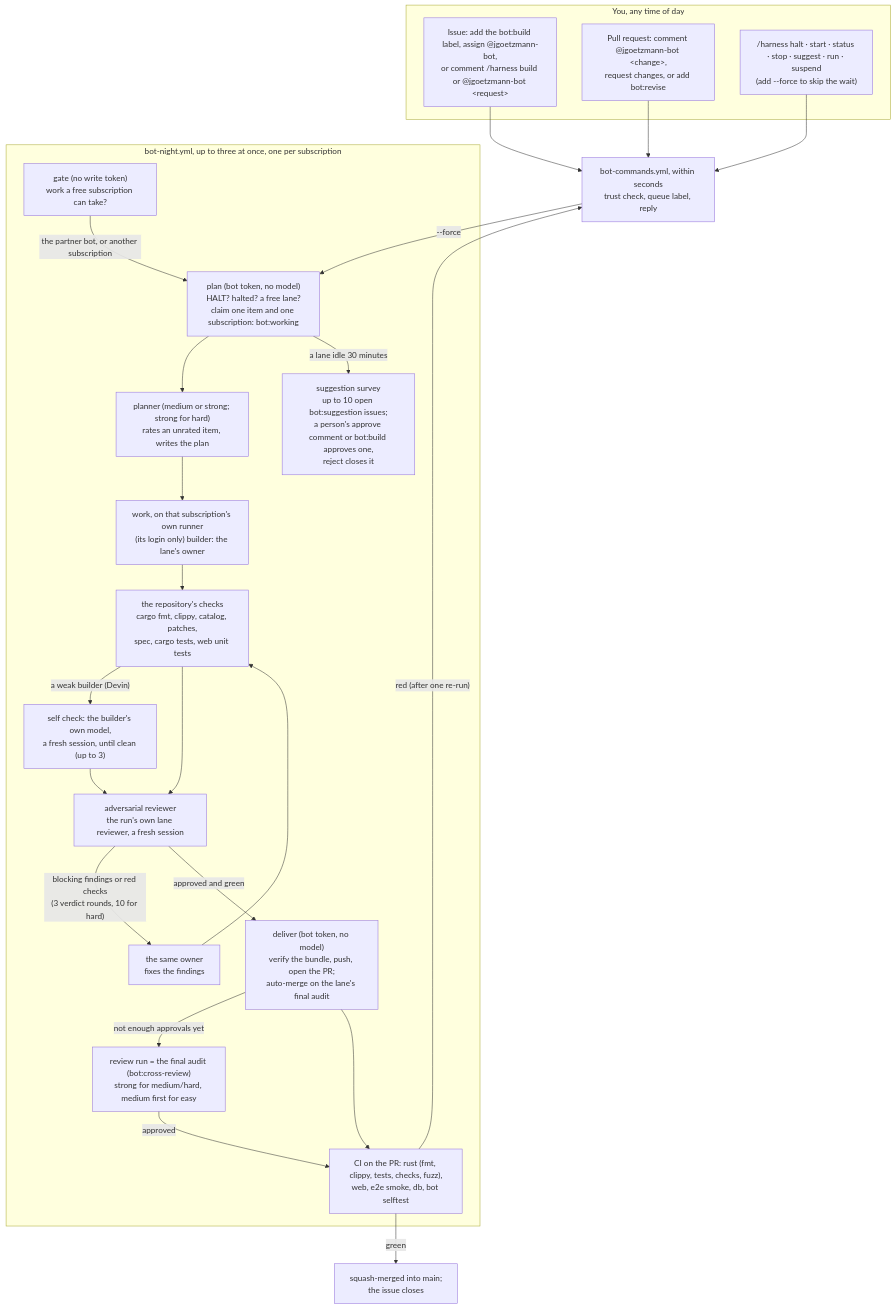
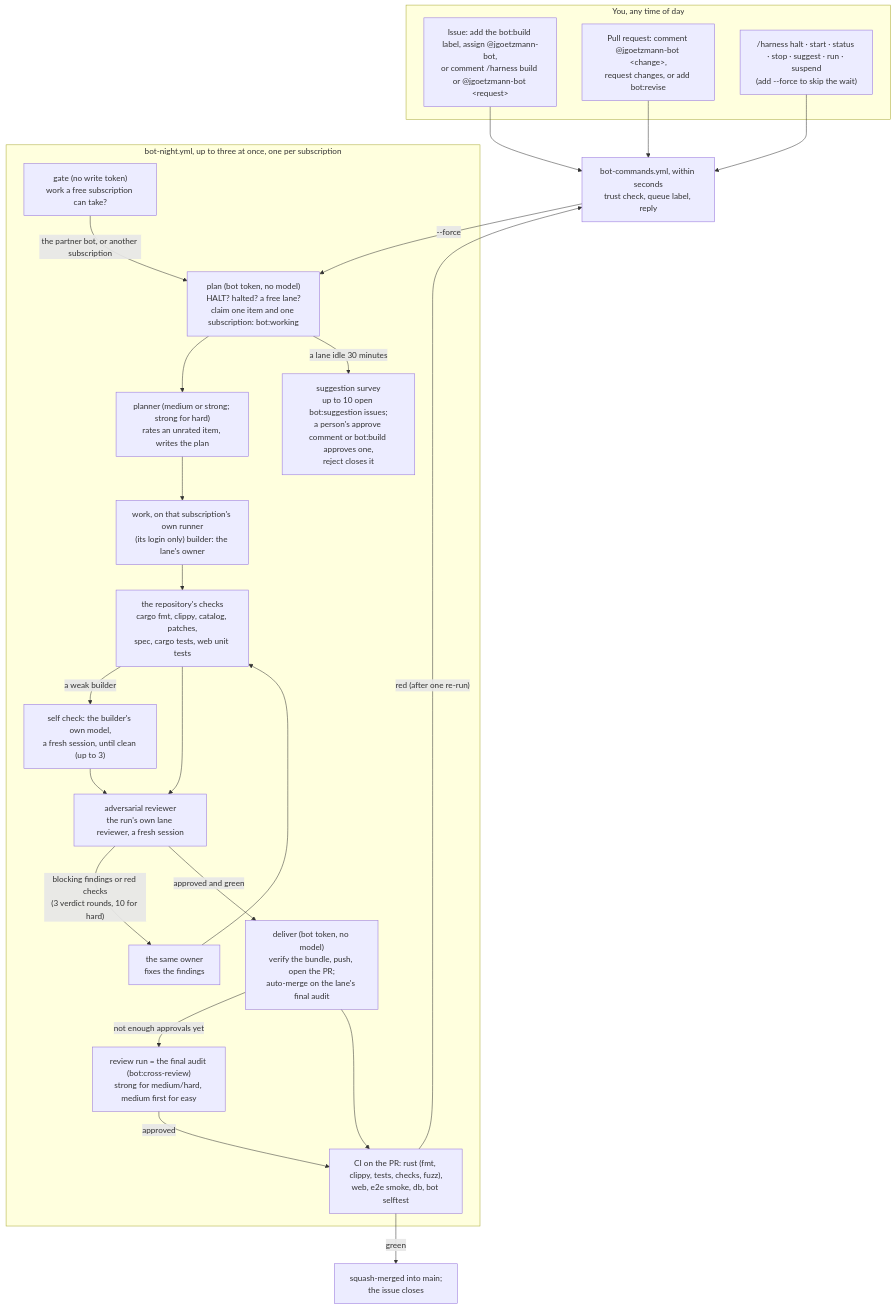
Before and after one commit to Jlore-Studios/JackiOh: the diagram in bot/README.md, drawn with Mermaid. The commit also changed other lines of this file and 45 other files, not shown here.

````diff
--- a/bot/README.md
+++ b/bot/README.md
@@ -32,33 +31,33 @@
 ```mermaid
 flowchart TD
   subgraph you["You, any time of day"]
     I["Issue: add the bot:build label, assign @jgoetzmann-bot,<br/>or comment /harness build or @jgoetzmann-bot &lt;request&gt;"]
     P["Pull request: comment @jgoetzmann-bot &lt;change&gt;,<br/>request changes, or add bot:revise"]
     K["/harness halt · start · status · stop · suggest · run · suspend<br/>(add --force to skip the wait)"]
   end
   I --> E
   P --> E
   K --> E
   E["bot-commands.yml, within seconds<br/>trust check, queue label, reply"]
   E -- "--force" --> PL
   subgraph night["bot-night.yml, up to three at once, one per subscription"]
     GA["gate (no write token)<br/>work a free subscription can take?"]
     GA -- "the partner bot, or another subscription" --> PL
     PL["plan (bot token, no model)<br/>HALT? halted? a free lane?<br/>claim one item and one subscription: bot:working"]
     PL --> PN["planner (medium or strong; strong for hard)<br/>rates an unrated item, writes the plan"]
     PN --> B["work, on that subscription's own runner<br/>(its login only) builder: the lane's owner"]
     B --> G["the repository's checks<br/>cargo fmt, clippy, catalog, patches,<br/>spec, cargo tests, web unit tests"]
-    G -- "a weak builder (Devin)" --> SC["self check: the builder's own model,<br/>a fresh session, until clean (up to 3)"]
+    G -- "a weak builder" --> SC["self check: the builder's own model,<br/>a fresh session, until clean (up to 3)"]
     SC --> R
     G --> R["adversarial reviewer<br/>the run's own lane reviewer, a fresh session"]
     R -- "blocking findings or red checks<br/>(3 verdict rounds, 10 for hard)" --> F["the same owner<br/>fixes the findings"]
     F --> G
     R -- "approved and green" --> D["deliver (bot token, no model)<br/>verify the bundle, push, open the PR;<br/>auto-merge on the lane's final audit"]
     D -- "not enough approvals yet" --> X["review run = the final audit (bot:cross-review)<br/>strong for medium/hard, medium first for easy"]
     X -- "approved" --> CI
     PL -- "a lane idle 30 minutes" --> S["suggestion survey<br/>up to 10 open bot:suggestion issues;<br/>a person's approve comment or bot:build approves one,<br/>reject closes it"]
   end
   D --> CI["CI on the PR: rust (fmt, clippy, tests, checks, fuzz),<br/>web, e2e smoke, db, bot selftest"]
   CI -- "green" --> M["squash-merged into main;<br/>the issue closes"]
   CI -- "red (after one re-run)" --> E
 ```
````
